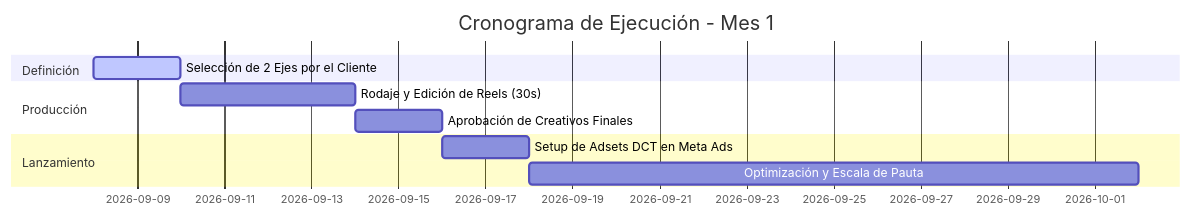
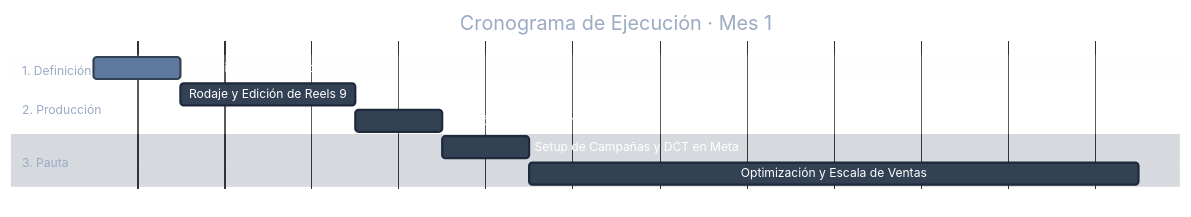
The eighth of 8 diagrams in releases/drinklovers/PROPUESTA_MES_1_META_ADS.md (jsrxar77/mo-baseline), drawn with Mermaid before and after one commit. The commit also changed other lines of this file, not shown here.

Commit message:
style(drinklovers): refine mermaid charts palette to neutral slate gray and fix label collisions

````diff
--- a/releases/drinklovers/PROPUESTA_MES_1_META_ADS.md
+++ b/releases/drinklovers/PROPUESTA_MES_1_META_ADS.md
@@ -239,13 +260,30 @@
 ```mermaid
+%%{init: {
+  'theme': 'base',
+  'themeVariables': {
+    'primaryColor': '#334155',
+    'primaryTextColor': '#FFFFFF',
+    'primaryBorderColor': '#1E293B',
+    'lineColor': '#64748B',
+    'sectionBkgColor': '#F8FAFC',
+    'altSectionBkgColor': '#FFFFFF',
+    'gridColor': '#E2E8F0',
+    'todayLineColor': '#94A3B8'
+  }
+}}%%
 gantt
-    title Cronograma de Ejecución - Mes 1
+    title Cronograma de Ejecución · Mes 1
     dateFormat  YYYY-MM-DD
-    section Definición
-    Selección de 2 Ejes por el Cliente     :active, a1, 2026-09-08, 2d
-    section Producción
-    Rodaje y Edición de Reels (30s)        :a2, after a1, 4d
-    Aprobación de Creativos Finales        :a3, after a2, 2d
-    section Lanzamiento
-    Setup de Adsets DCT en Meta Ads        :a4, after a3, 2d
-    Optimización y Escala de Pauta         :a5, after a4, 14d
+    axisFormat  %d-%b
+    
+    section 1. Definición
+    Selección de 2 Ejes por el Cliente :active, a1, 2026-09-08, 2d
+    
+    section 2. Producción
+    Rodaje y Edición de Reels 9:16     :a2, after a1, 4d
+    Revisión y Aprobación Final        :a3, after a2, 2d
+    
+    section 3. Pauta
+    Setup de Campañas y DCT en Meta    :a4, after a3, 2d
+    Optimización y Escala de Ventas    :a5, after a4, 14d
 ```
````
